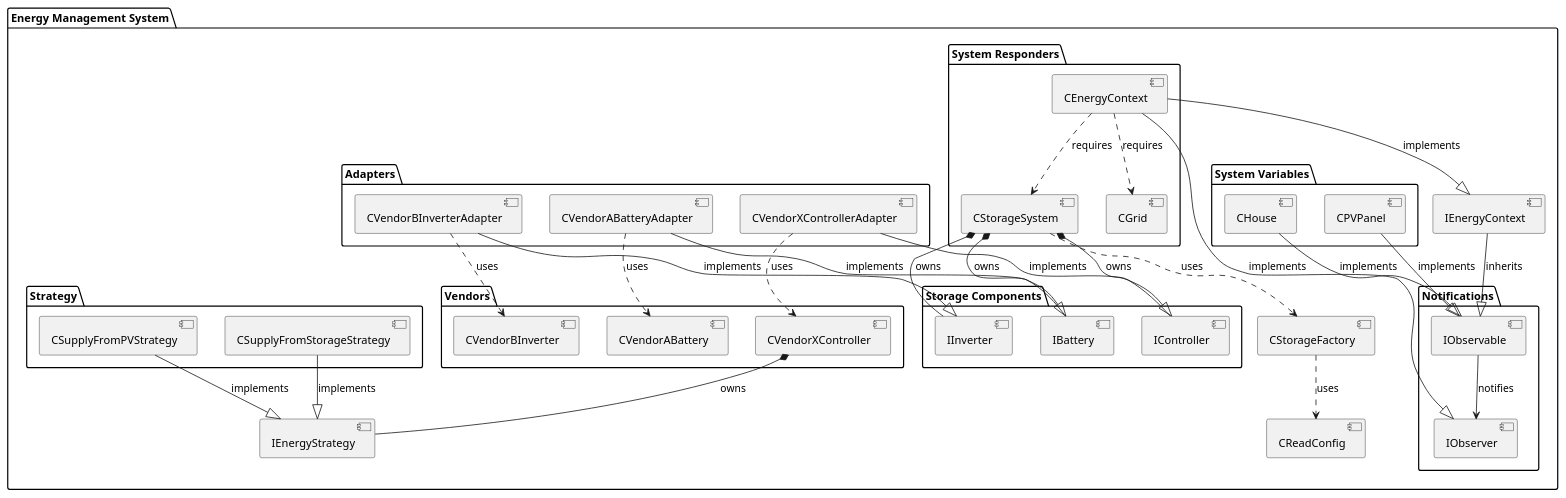
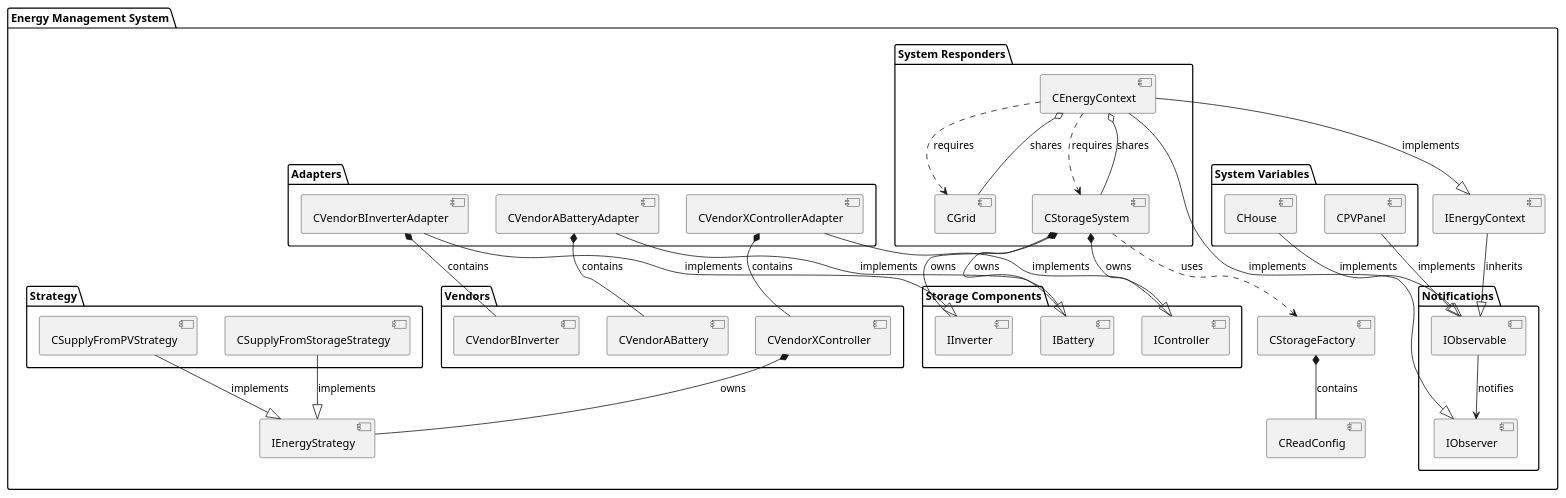
Before and after one commit to Menna271/BatteryManagementSystem: the diagram in docs/component_diagram.puml, drawn with PlantUML. The commit also changed 1 other file, not shown here.

Commit message:
Modified diagrams

```diff
--- a/docs/component_diagram.puml
+++ b/docs/component_diagram.puml
@@ -1,73 +1,76 @@
 @startuml Component Diagram
 
 package "Energy Management System" {
     package "System Variables" {
         [CPVPanel] 
         [CHouse] 
     }
         package "System Responders" {
         [CEnergyContext] ..> [CStorageSystem] : "requires"
         [CEnergyContext] ..> [CGrid] : "requires"
     }
 
     package "Notifications" {
         [IObservable]
         [IObserver]
     } 
 
     package "Storage Components" {
         [IController]
         [IInverter]
         [IBattery]
     }
 
     package "Vendors" {
         [CVendorABattery]
         [CVendorBInverter]
         [CVendorXController]
     }
 
     package "Adapters" {
         [CVendorABatteryAdapter]
         [CVendorBInverterAdapter]
         [CVendorXControllerAdapter]
     }
 
     package "Strategy" {
         [CSupplyFromPVStrategy]
         [CSupplyFromStorageStrategy]
     }
 
+    [CEnergyContext] o-- [CStorageSystem] : shares
+    [CEnergyContext] o-- [CGrid] : shares
+    
     [CPVPanel] --|> [IObservable] : "implements"
     [CHouse] --|> [IObservable] : "implements"
 
     [IObservable] --> [IObserver] : "notifies"
 
     [CEnergyContext] --|> [IEnergyContext] : "implements"
     [IEnergyContext] --|> [IObservable] : "inherits"
     [CEnergyContext] --|> [IObserver] : "implements"
 
     [CStorageSystem] *-- [IController] : "owns"
     [CStorageSystem] *-- [IInverter] : "owns"
     [CStorageSystem] *-- [IBattery] : "owns"
     [CStorageSystem] ..> [CStorageFactory] : "uses"
 
-    [CStorageFactory] ..> [CReadConfig] : "uses"
+    [CStorageFactory] *-- [CReadConfig] : "contains"
 
-    [CVendorABatteryAdapter] ..> [CVendorABattery] : "uses"
+    [CVendorABatteryAdapter] *-- [CVendorABattery] : "contains"
     [CVendorABatteryAdapter] --|> [IBattery] : "implements"
 
-    [CVendorBInverterAdapter] ..> [CVendorBInverter] : "uses"
+    [CVendorBInverterAdapter] *-- [CVendorBInverter] : "contains"
     [CVendorBInverterAdapter] --|> [IInverter] : "implements"
 
-    [CVendorXControllerAdapter] ..> [CVendorXController] : "uses"
+    [CVendorXControllerAdapter] *-- [CVendorXController] : "contains"
     [CVendorXControllerAdapter] --|> [IController] : "implements"
 
     [CSupplyFromPVStrategy] --|> [IEnergyStrategy] : "implements"
     [CSupplyFromStorageStrategy] --|> [IEnergyStrategy] : "implements"
 
     [CVendorXController] *-- [IEnergyStrategy] : "owns"
 
 }
 
 @enduml
```
